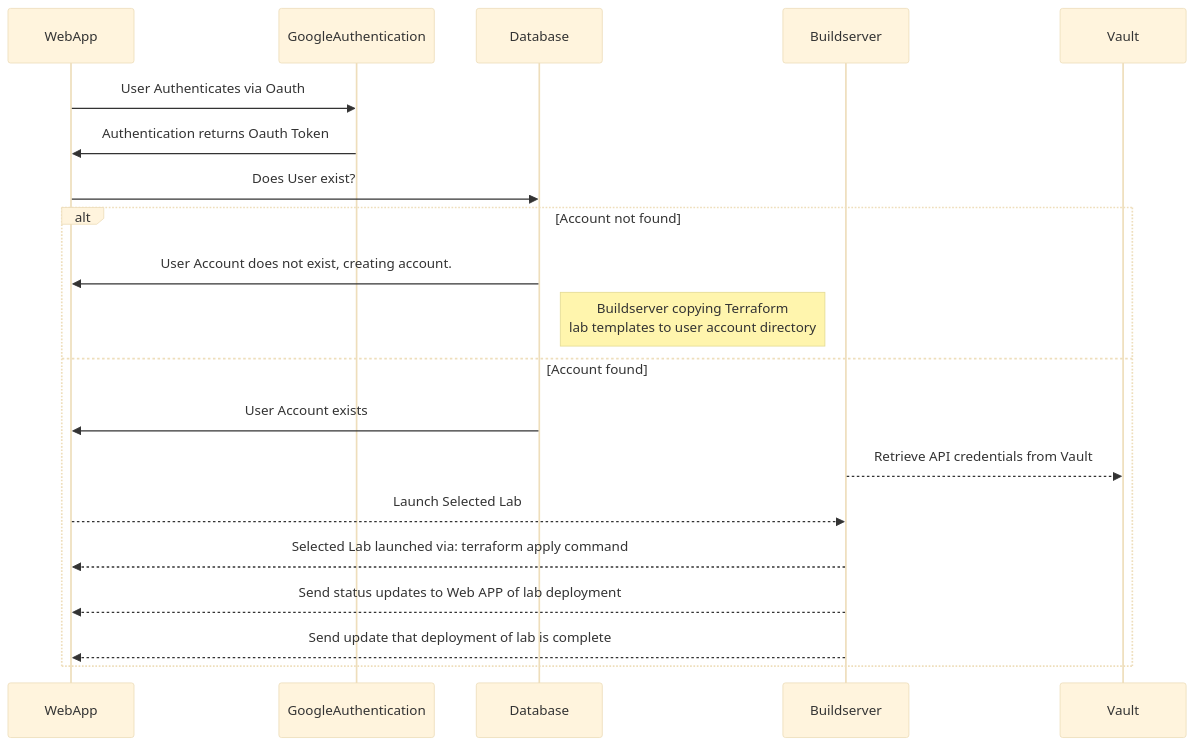
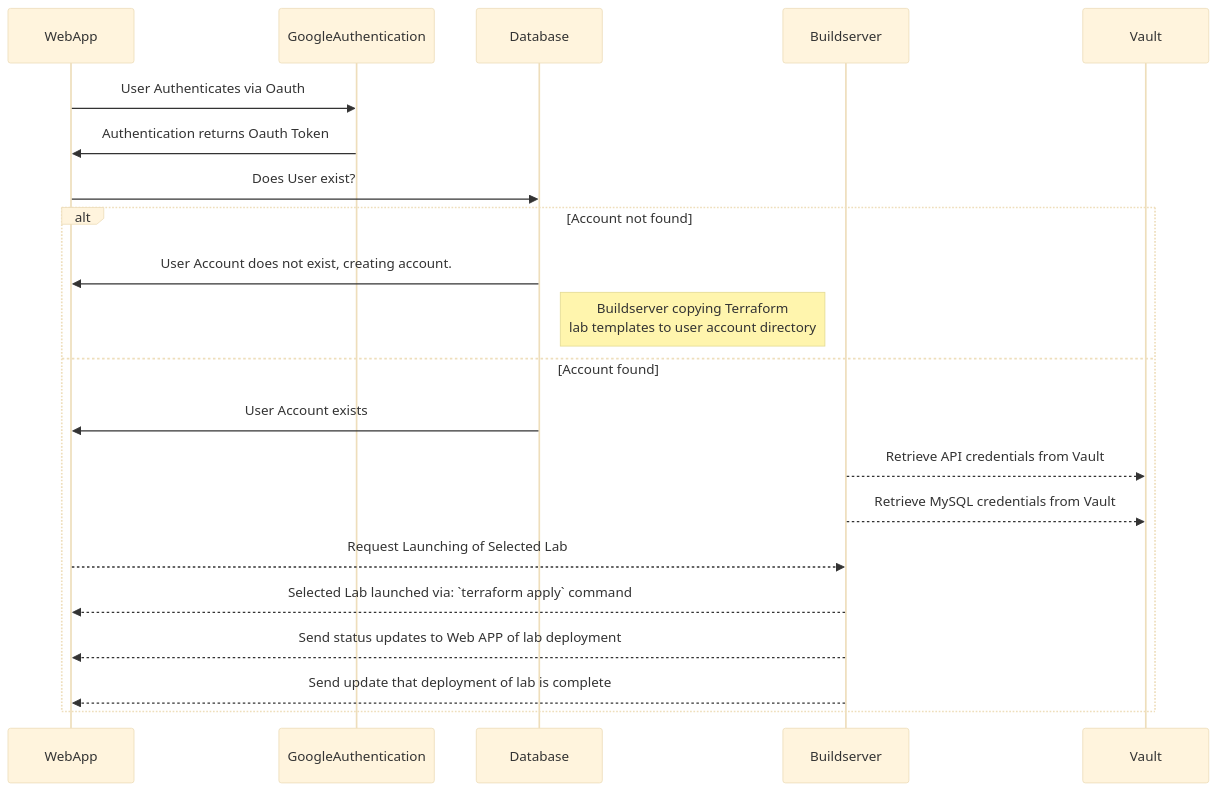
Before and after one commit to illinoistech-itm/CyberRange: the diagram in diagrams/api-flow.md, drawn with Mermaid (base theme).

Commit message:
update launch language

````diff
--- a/diagrams/api-flow.md
+++ b/diagrams/api-flow.md
@@ -29,20 +29,21 @@
 ```mermaid
 sequenceDiagram
     
     WebApp ->> GoogleAuthentication: User Authenticates via Oauth
     GoogleAuthentication ->> WebApp: Authentication returns Oauth Token
     WebApp ->> Database: Does User exist?
     
     alt Account not found
         Database->>WebApp: User Account does not exist, creating account. 
         Note right of Database: Buildserver copying Terraform <br /> lab templates to user account directory
     else Account found
         Database->>WebApp: User Account exists
-        Buildserver-->>Vault: Retrieve API credentials from Vault     
-        WebApp-->>Buildserver: Launch Selected Lab
-        Buildserver-->>WebApp: Selected Lab launched via: terraform apply command
+        Buildserver-->>Vault: Retrieve API credentials from Vault
+        Buildserver-->>Vault: Retrieve MySQL credentials from Vault
+        WebApp-->>Buildserver: Request Launching of Selected Lab
+        Buildserver-->>WebApp: Selected Lab launched via: `terraform apply` command
         Buildserver-->>WebApp: Send status updates to Web APP of lab deployment
         Buildserver-->>WebApp: Send update that deployment of lab is complete
 
 end
 ```
````
